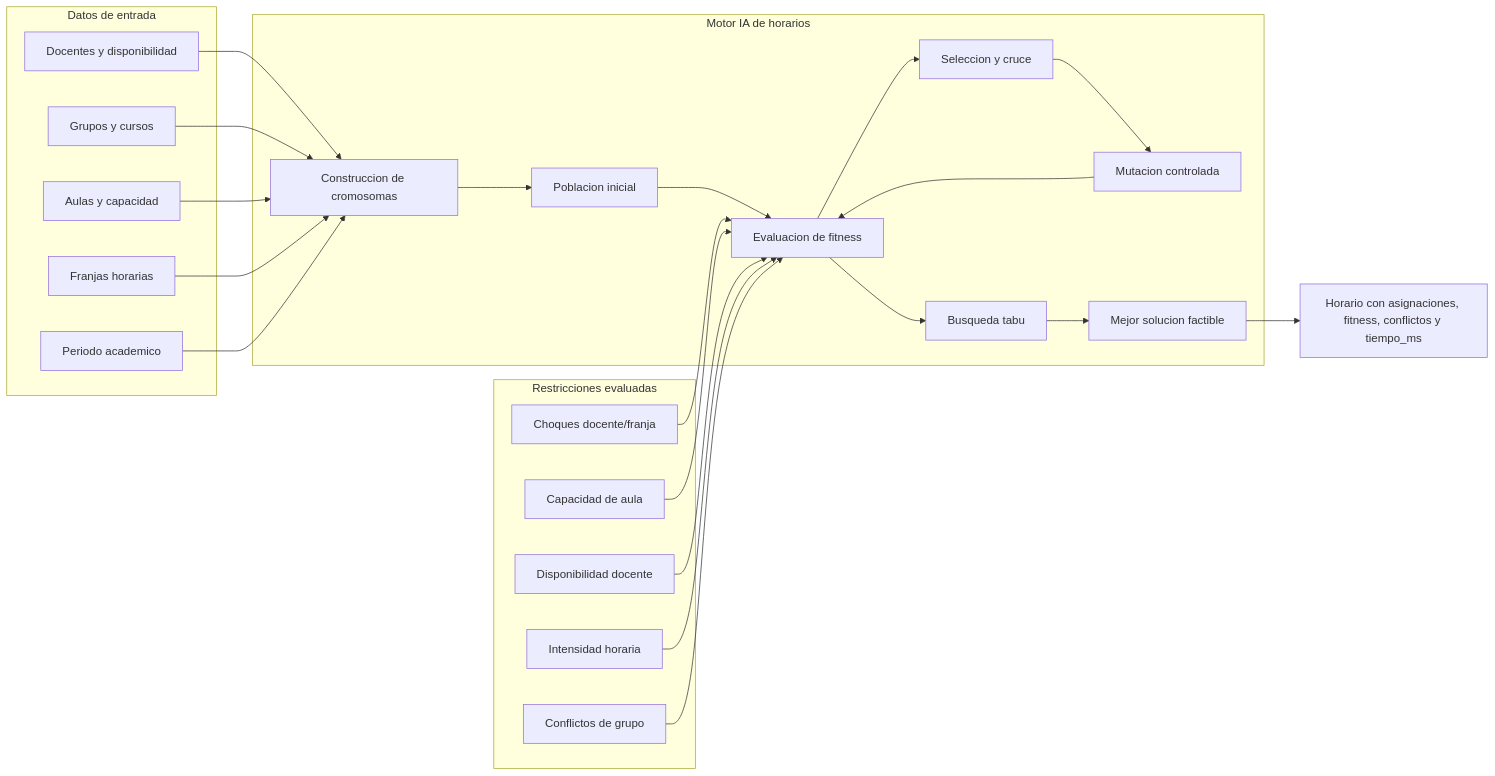
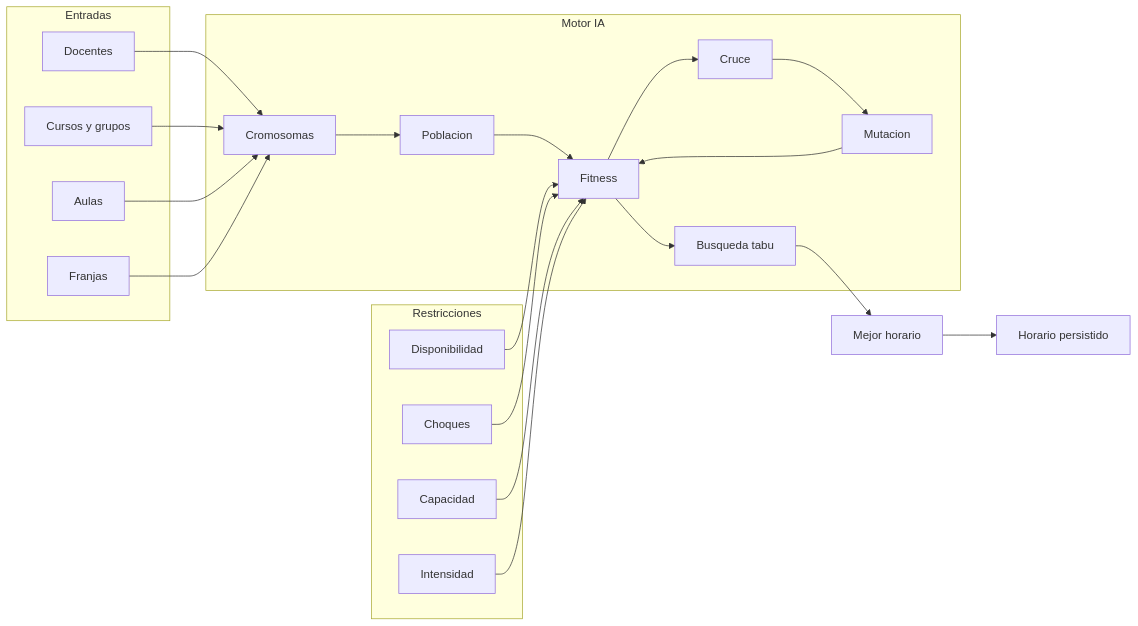
Before and after one commit to Proyecto-grado-ucc/proyectoGrado-server: the diagram in docs/diagramas/05_motor_ia_genetico_tabu.mmd, drawn with Mermaid. The commit also changed 26 other files, not shown here.

Commit message:
docs: improve diagram readability

```diff
--- a/docs/diagramas/05_motor_ia_genetico_tabu.mmd
+++ b/docs/diagramas/05_motor_ia_genetico_tabu.mmd
@@ -1,40 +1,35 @@
 flowchart LR
-  subgraph Entrada[Datos de entrada]
-    A[Docentes y disponibilidad]
-    B[Grupos y cursos]
-    C[Aulas y capacidad]
-    D[Franjas horarias]
-    E[Periodo academico]
+  subgraph IN["Entradas"]
+    A["Docentes"]
+    B["Cursos y grupos"]
+    C["Aulas"]
+    D["Franjas"]
   end
 
-  subgraph Motor[Motor IA de horarios]
-    F[Construccion de cromosomas]
-    G[Poblacion inicial]
-    H[Evaluacion de fitness]
-    I[Seleccion y cruce]
-    J[Mutacion controlada]
-    K[Busqueda tabu]
-    L[Mejor solucion factible]
+  subgraph IA["Motor IA"]
+    E["Cromosomas"]
+    F["Poblacion"]
+    G["Fitness"]
+    H["Cruce"]
+    I["Mutacion"]
+    J["Busqueda tabu"]
   end
 
-  subgraph Restricciones[Restricciones evaluadas]
-    R1[Choques docente/franja]
-    R2[Capacidad de aula]
-    R3[Disponibilidad docente]
-    R4[Intensidad horaria]
-    R5[Conflictos de grupo]
+  subgraph R["Restricciones"]
+    R1["Disponibilidad"]
+    R2["Choques"]
+    R3["Capacidad"]
+    R4["Intensidad"]
   end
 
-  A --> F
-  B --> F
-  C --> F
-  D --> F
-  E --> F
-  F --> G --> H --> I --> J --> H
-  H --> K --> L
-  R1 --> H
-  R2 --> H
-  R3 --> H
-  R4 --> H
-  R5 --> H
-  L --> Z[Horario con asignaciones, fitness, conflictos y tiempo_ms]
+  A --> E
+  B --> E
+  C --> E
+  D --> E
+  E --> F --> G --> H --> I --> G
+  G --> J --> K["Mejor horario"]
+  R1 --> G
+  R2 --> G
+  R3 --> G
+  R4 --> G
+  K --> Z["Horario persistido"]
```
